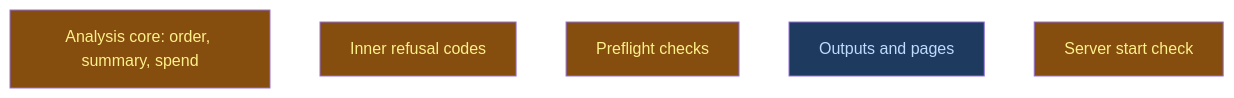
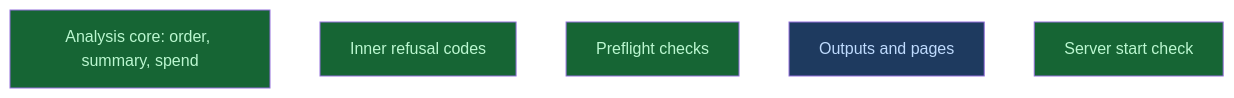
One commit to CrackingShells/Candler changed the diagram in __roadmap__/m6b-surface-consolidation/consolidated/build/README.md. Above: the diagram before and after it, drawn with Mermaid. The commit also changed other lines of this file, not shown here.

````diff
--- a/__roadmap__/m6b-surface-consolidation/consolidated/build/README.md
+++ b/__roadmap__/m6b-surface-consolidation/consolidated/build/README.md
@@ -81,13 +81,13 @@
 ```mermaid
 graph TD
-    analysis_core[Analysis core: order, summary, spend]:::inprogress
-    codes_inner[Inner refusal codes]:::inprogress
-    preflight_checks[Preflight checks]:::inprogress
+    analysis_core[Analysis core: order, summary, spend]:::done
+    codes_inner[Inner refusal codes]:::done
+    preflight_checks[Preflight checks]:::done
     outputs[Outputs and pages]:::amendment
-    server_check[Server start check]:::inprogress
+    server_check[Server start check]:::done
     classDef done       fill:#166534,color:#bbf7d0
     classDef inprogress fill:#854d0e,color:#fef08a
     classDef planned    fill:#374151,color:#e5e7eb
     classDef amendment  fill:#1e3a5f,color:#bfdbfe
     classDef blocked    fill:#7f1d1d,color:#fecaca
 ```
````
